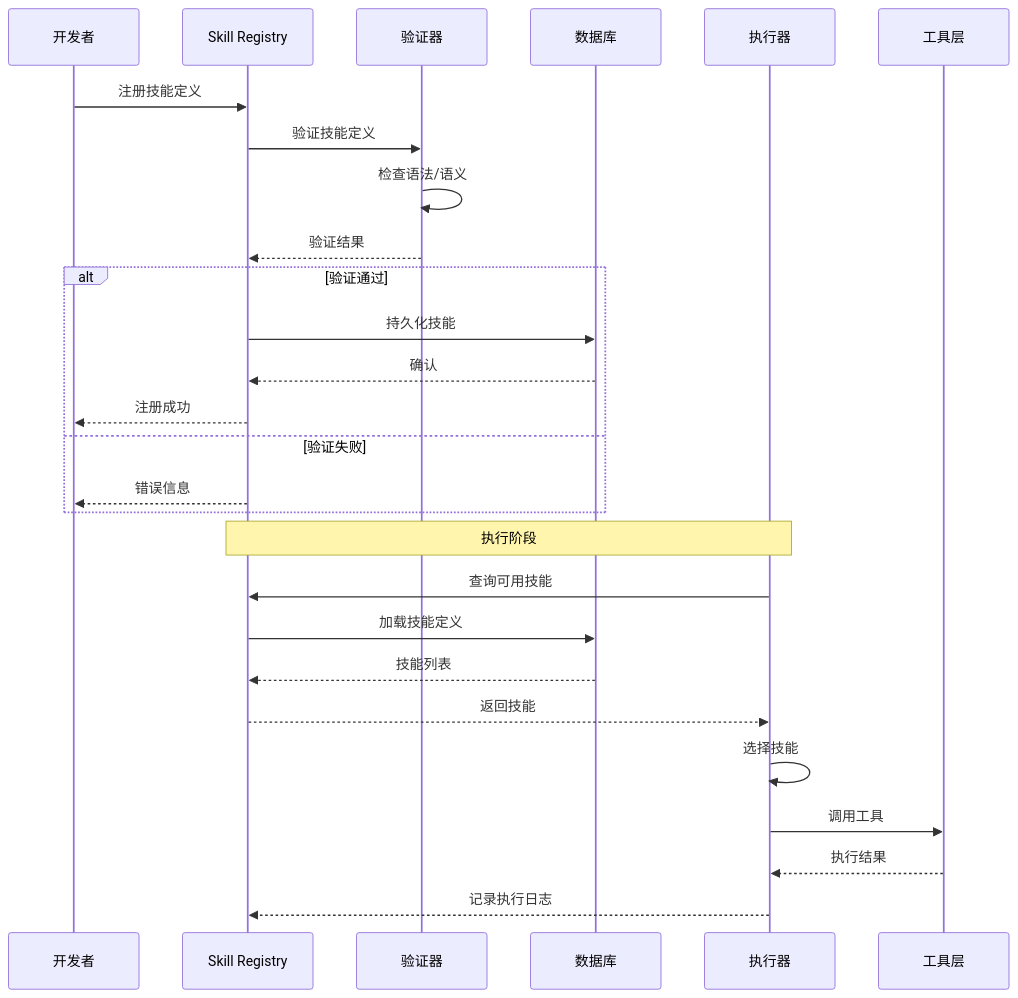
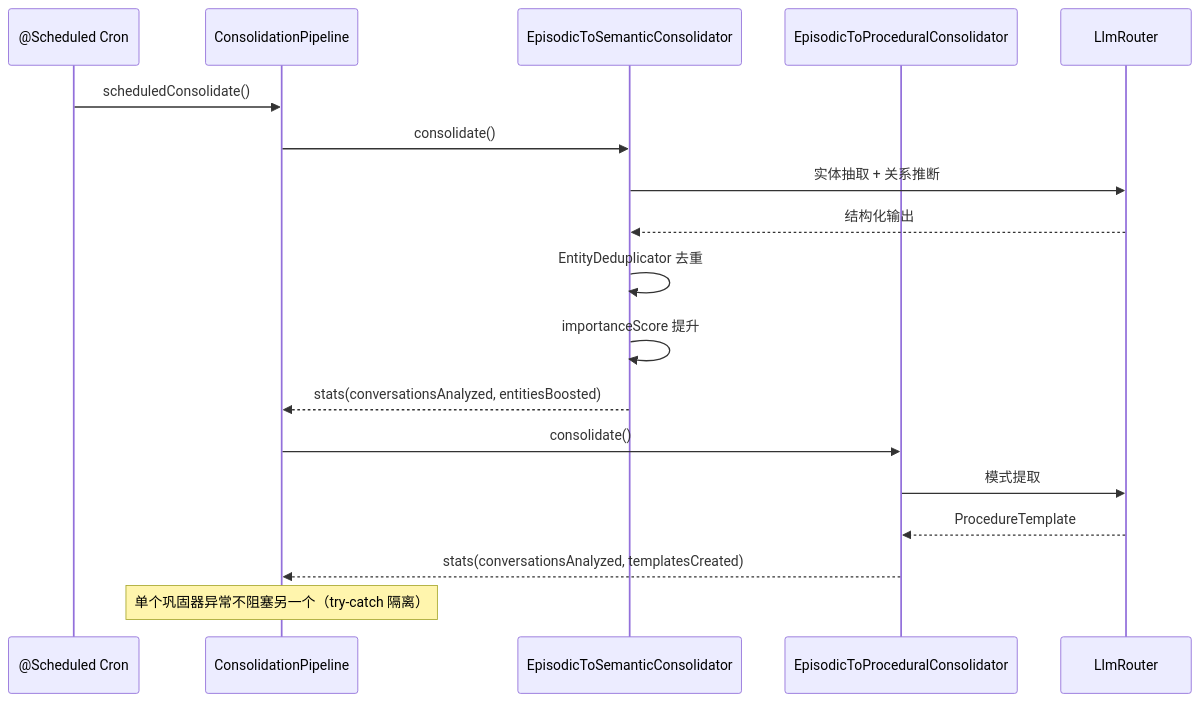
Before and after one commit to ntygod/LifePilot: the tenth of 35 diagrams in ARCHITECTURE-DIAGRAMS.md, drawn with Mermaid. The commit also changed other lines of this file and 2 other files, not shown here.

````diff
--- a/ARCHITECTURE-DIAGRAMS.md
+++ b/ARCHITECTURE-DIAGRAMS.md
@@ -430,33 +499,24 @@
 ```mermaid
 sequenceDiagram
-    participant Dev as 开发者
-    participant Registry as Skill Registry
-    participant Validator as 验证器
-    participant DB as 数据库
-    participant Executor as 执行器
-    participant Tool as 工具层
+    participant Cron as @Scheduled Cron
+    participant Pipeline as ConsolidationPipeline
+    participant Semantic as EpisodicToSemanticConsolidator
+    participant Procedural as EpisodicToProceduralConsolidator
+    participant LLM as LlmRouter
 
-    Dev->>Registry: 注册技能定义
-    Registry->>Validator: 验证技能定义
-    Validator->>Validator: 检查语法/语义
-    Validator-->>Registry: 验证结果
+    Cron->>Pipeline: scheduledConsolidate()
     
-    alt 验证通过
-        Registry->>DB: 持久化技能
-        DB-->>Registry: 确认
-        Registry-->>Dev: 注册成功
-    else 验证失败
-        Registry-->>Dev: 错误信息
-    end
-    
-    Note over Registry,Executor: 执行阶段
-    Executor->>Registry: 查询可用技能
-    Registry->>DB: 加载技能定义
-    DB-->>Registry: 技能列表
-    Registry-->>Executor: 返回技能
-    
-    Executor->>Executor: 选择技能
-    Executor->>Tool: 调用工具
-    Tool-->>Executor: 执行结果
-    Executor-->>Registry: 记录执行日志
+    Pipeline->>Semantic: consolidate()
+    Semantic->>LLM: 实体抽取 + 关系推断
+    LLM-->>Semantic: 结构化输出
+    Semantic->>Semantic: EntityDeduplicator 去重
+    Semantic->>Semantic: importanceScore 提升
+    Semantic-->>Pipeline: stats(conversationsAnalyzed, entitiesBoosted)
+
+    Pipeline->>Procedural: consolidate()
+    Procedural->>LLM: 模式提取
+    LLM-->>Procedural: ProcedureTemplate
+    Procedural-->>Pipeline: stats(conversationsAnalyzed, templatesCreated)
+
+    Note over Pipeline: 单个巩固器异常不阻塞另一个（try-catch 隔离）
 ```
````
